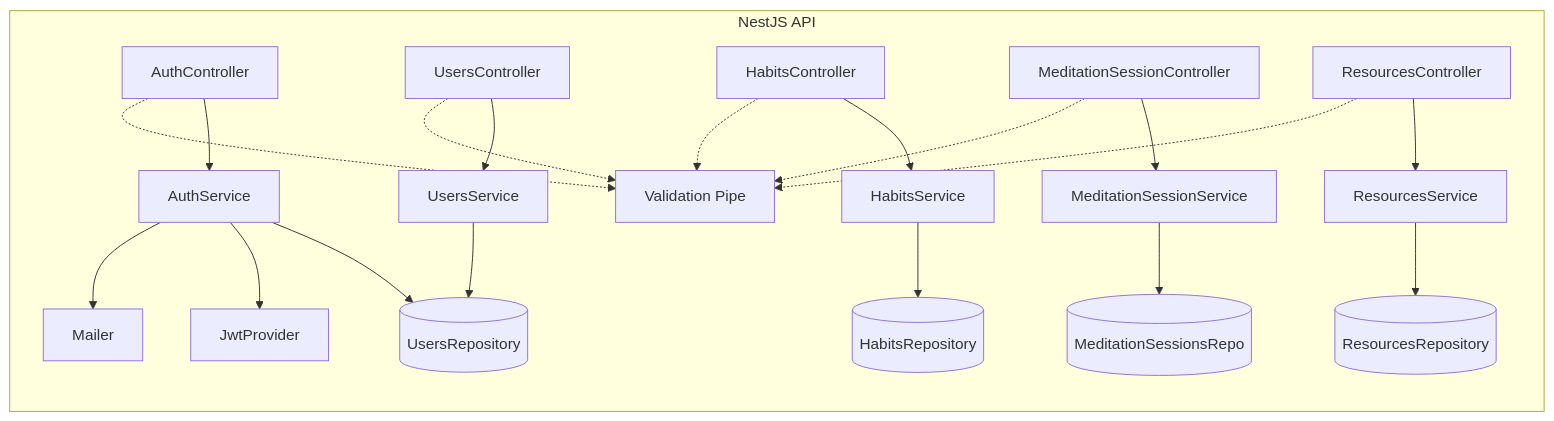
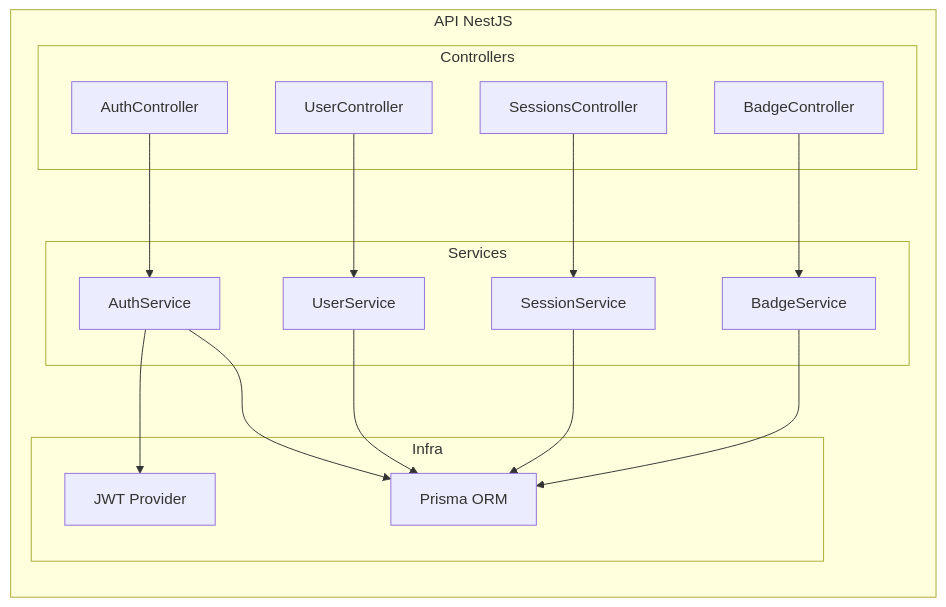
One commit to Dolphynx/mindfulspace changed the diagram in docs/archi/c4/c3-components-api.md. Above: the diagram before and after it, drawn with Mermaid. The commit also changed other lines of this file and 44 other files, not shown here.

````diff
--- a/docs/archi/c4/c3-components-api.md
+++ b/docs/archi/c4/c3-components-api.md
@@ -3,45 +6,36 @@
 ```mermaid
 flowchart LR
 
-subgraph api [NestJS API]
-  %% Controllers
-  cAuth[AuthController]
-  cUsers[UsersController]
-  cHabits[HabitsController]
-  cMed[MeditationSessionController]
-  cRes[ResourcesController]
+subgraph API["API NestJS"]
 
-  %% Services
-  sAuth[AuthService]
-  sUsers[UsersService]
-  sHabits[HabitsService]
-  sMed[MeditationSessionService]
-  sRes[ResourcesService]
+  subgraph Controllers
+    AuthC[AuthController]
+    UserC[UserController]
+    DataC[SessionsController]
+    BadgeC[BadgeController]
+  end
 
-  %% Data (Prisma)
-  rUsers[(UsersRepository)]
-  rHabits[(HabitsRepository)]
-  rMed[(MeditationSessionsRepo)]
-  rRes[(ResourcesRepository)]
+  subgraph Services
+    AuthS[AuthService]
+    UserS[UserService]
+    DataS[SessionService]
+    BadgeS[BadgeService]
+  end
 
-  %% Infra
-  jwt[JwtProvider]
-  mail[Mailer]
-  validator[Validation Pipe]
+  subgraph Infra
+    JWT[JWT Provider]
+    Prisma[Prisma ORM]
+  end
 end
 
-cAuth --> sAuth --> rUsers
-cUsers --> sUsers --> rUsers
-cHabits --> sHabits --> rHabits
-cMed --> sMed --> rMed
-cRes --> sRes --> rRes
+AuthC --> AuthS
+UserC --> UserS
+DataC --> DataS
+BadgeC --> BadgeS
 
-sAuth --> jwt
-sAuth --> mail
-
-cAuth -.-> validator
-cUsers -.-> validator
-cHabits -.-> validator
-cMed -.-> validator
-cRes -.-> validator
+AuthS --> JWT
+AuthS --> Prisma
+UserS --> Prisma
+DataS --> Prisma
+BadgeS --> Prisma
 ```
````
